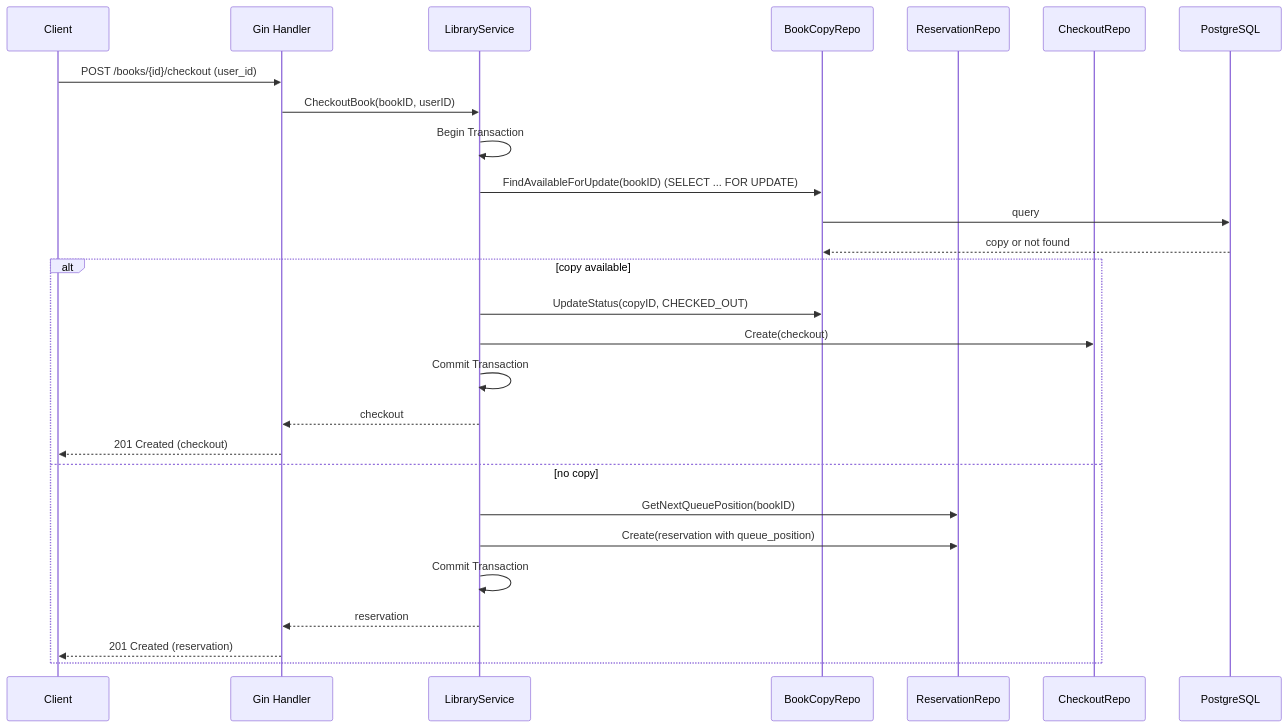
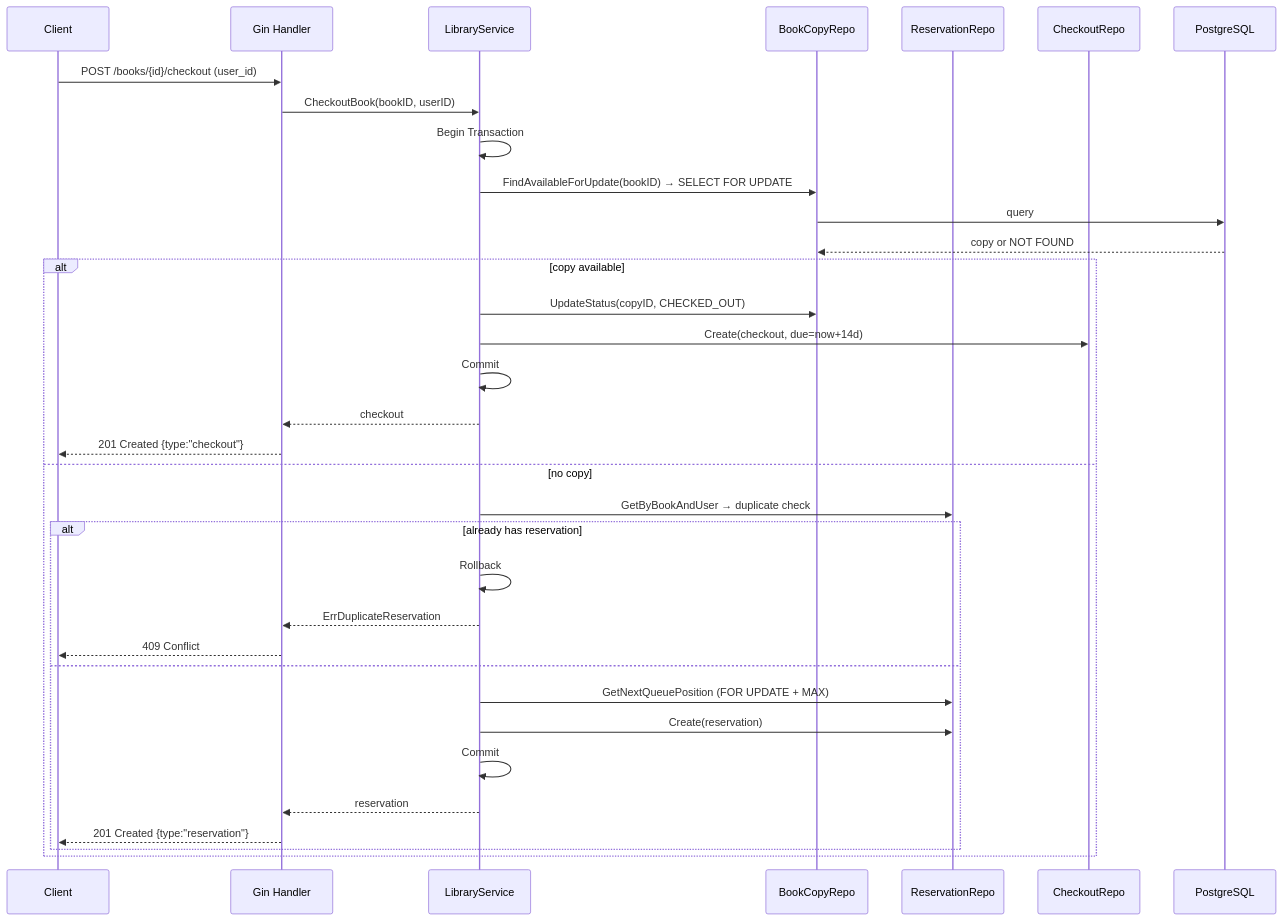
One commit to HarshithaBanakar/Library_Management changed the third of 3 diagrams in DESIGN.md. Above: the diagram before and after it, drawn with Mermaid. The commit also changed other lines of this file and 4 other files, not shown here.

````diff
--- a/DESIGN.md
+++ b/DESIGN.md
@@ -94,31 +110,38 @@
 ```mermaid
 sequenceDiagram
     participant Client
     participant Handler as Gin Handler
     participant Service as LibraryService
     participant RepoBC as BookCopyRepo
     participant RepoRes as ReservationRepo
     participant RepoChk as CheckoutRepo
     participant DB as PostgreSQL
 
     Client->>Handler: POST /books/{id}/checkout (user_id)
     Handler->>Service: CheckoutBook(bookID, userID)
     Service->>Service: Begin Transaction
-    Service->>RepoBC: FindAvailableForUpdate(bookID) (SELECT ... FOR UPDATE)
+    Service->>RepoBC: FindAvailableForUpdate(bookID) → SELECT FOR UPDATE
     RepoBC->>DB: query
-    DB-->>RepoBC: copy or not found
+    DB-->>RepoBC: copy or NOT FOUND
 
     alt copy available
         Service->>RepoBC: UpdateStatus(copyID, CHECKED_OUT)
-        Service->>RepoChk: Create(checkout)
-        Service->>Service: Commit Transaction
+        Service->>RepoChk: Create(checkout, due=now+14d)
+        Service->>Service: Commit
         Service-->>Handler: checkout
-        Handler-->>Client: 201 Created (checkout)
+        Handler-->>Client: 201 Created {type:"checkout"}
     else no copy
-        Service->>RepoRes: GetNextQueuePosition(bookID)
-        Service->>RepoRes: Create(reservation with queue_position)
-        Service->>Service: Commit Transaction
-        Service-->>Handler: reservation
-        Handler-->>Client: 201 Created (reservation)
+        Service->>RepoRes: GetByBookAndUser → duplicate check
+        alt already has reservation
+            Service->>Service: Rollback
+            Service-->>Handler: ErrDuplicateReservation
+            Handler-->>Client: 409 Conflict
+        else
+            Service->>RepoRes: GetNextQueuePosition (FOR UPDATE + MAX)
+            Service->>RepoRes: Create(reservation)
+            Service->>Service: Commit
+            Service-->>Handler: reservation
+            Handler-->>Client: 201 Created {type:"reservation"}
+        end
     end
 ```
````
